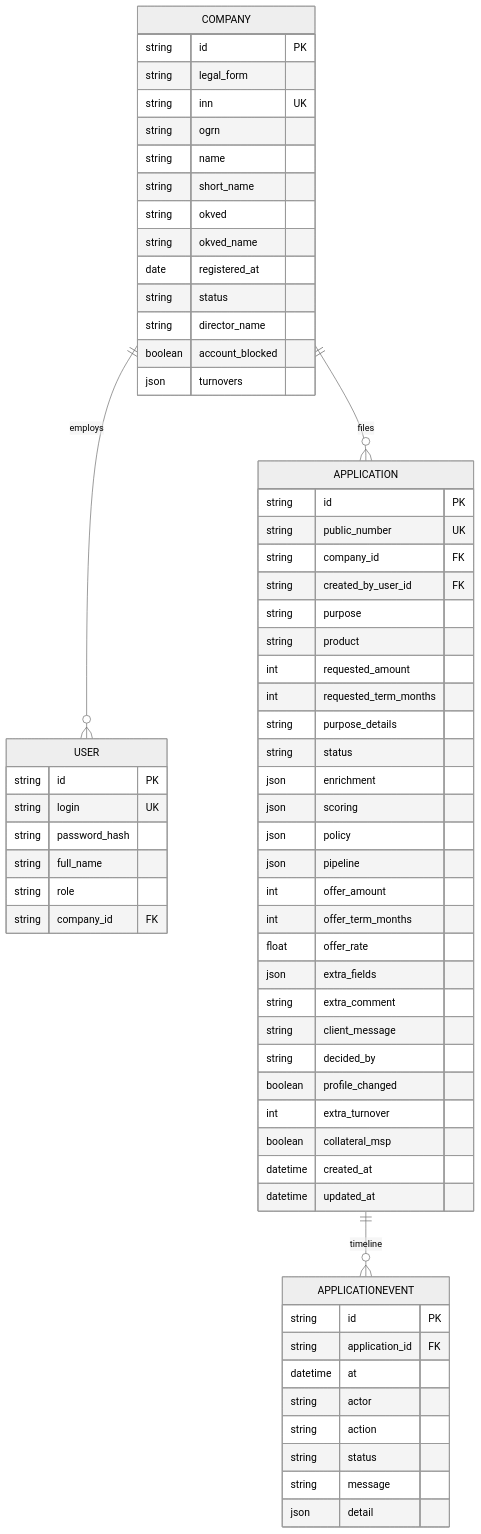
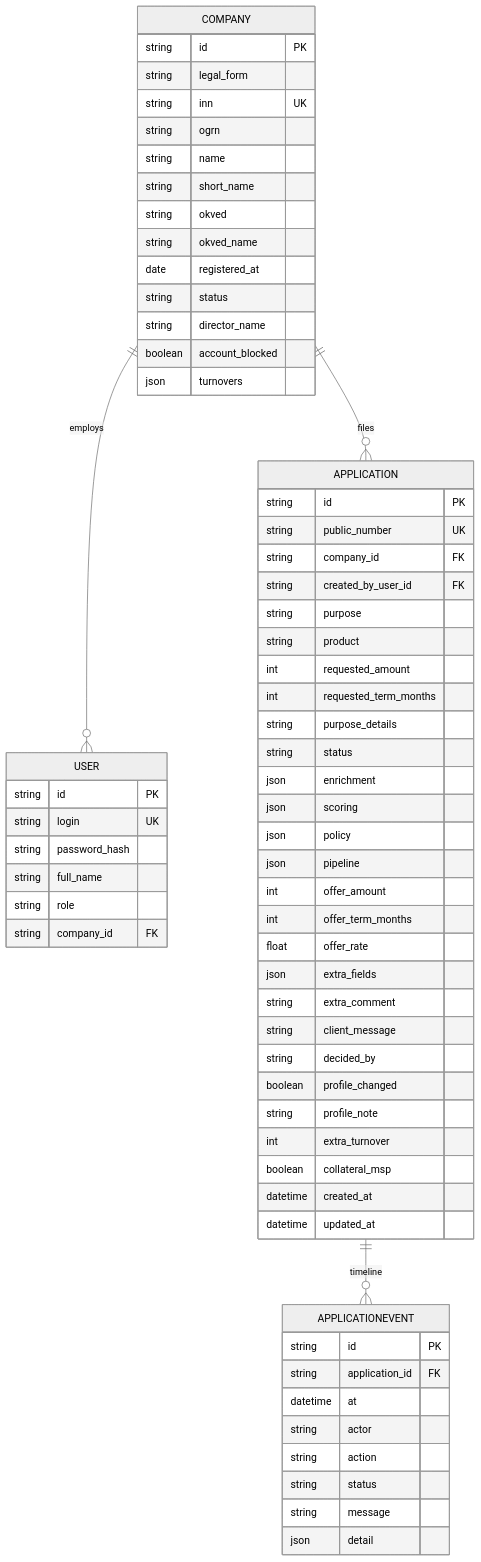
Before and after one commit to tikkhonn/alfakredit: the diagram in docs/data-model.md, drawn with Mermaid (neutral theme). The commit also changed other lines of this file and 23 other files, not shown here.

````diff
--- a/docs/data-model.md
+++ b/docs/data-model.md
@@ -10,71 +10,72 @@
 ```mermaid
 erDiagram
   COMPANY ||--o{ USER : employs
   COMPANY ||--o{ APPLICATION : files
   APPLICATION ||--o{ APPLICATIONEVENT : timeline
 
   COMPANY {
     string id PK
     string legal_form
     string inn UK
     string ogrn
     string name
     string short_name
     string okved
     string okved_name
     date registered_at
     string status
     string director_name
     boolean account_blocked
     json turnovers
   }
 
   USER {
     string id PK
     string login UK
     string password_hash
     string full_name
     string role
     string company_id FK
   }
 
   APPLICATION {
     string id PK
     string public_number UK
     string company_id FK
     string created_by_user_id FK
     string purpose
     string product
     int requested_amount
     int requested_term_months
     string purpose_details
     string status
     json enrichment
     json scoring
     json policy
     json pipeline
     int offer_amount
     int offer_term_months
     float offer_rate
     json extra_fields
     string extra_comment
     string client_message
     string decided_by
     boolean profile_changed
+    string profile_note
     int extra_turnover
     boolean collateral_msp
     datetime created_at
     datetime updated_at
   }
 
   APPLICATIONEVENT {
     string id PK
     string application_id FK
     datetime at
     string actor
     string action
     string status
     string message
     json detail
   }
 ```
````
